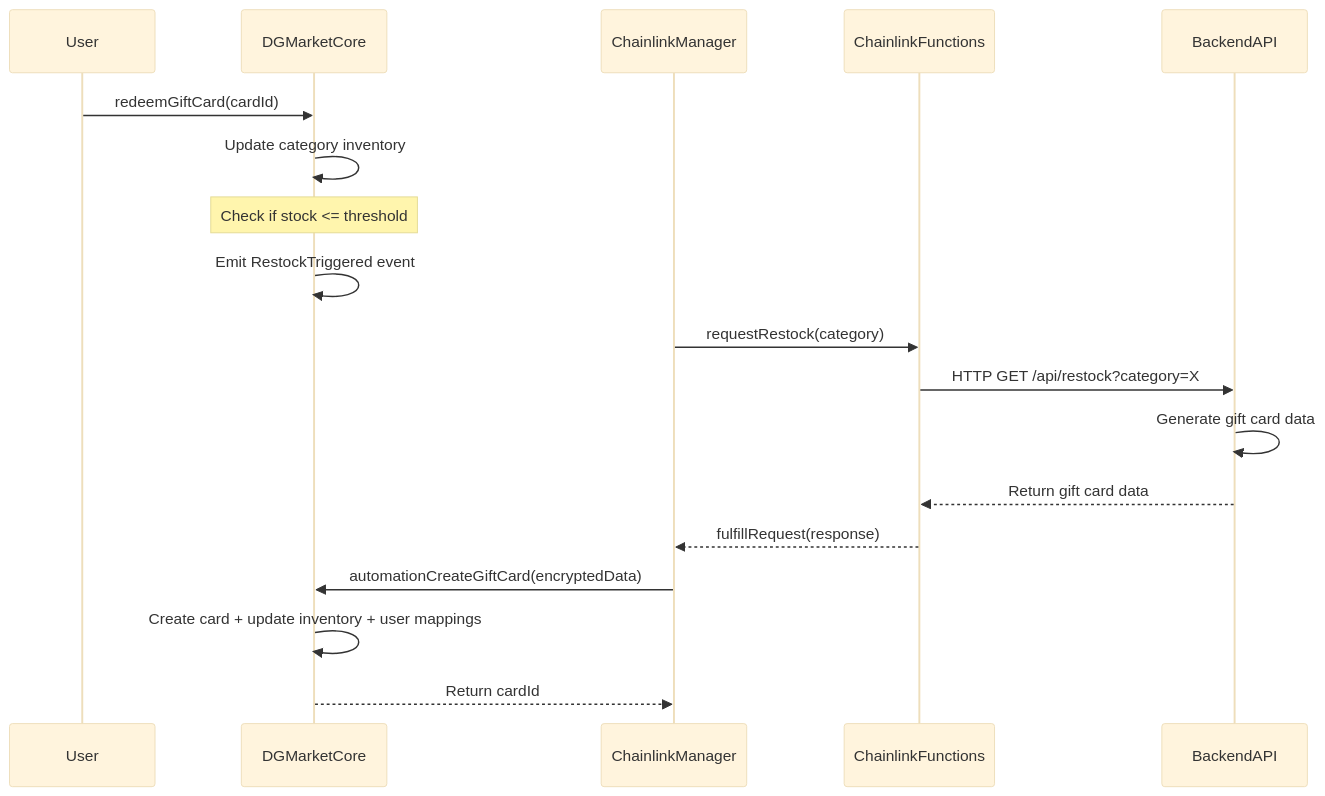
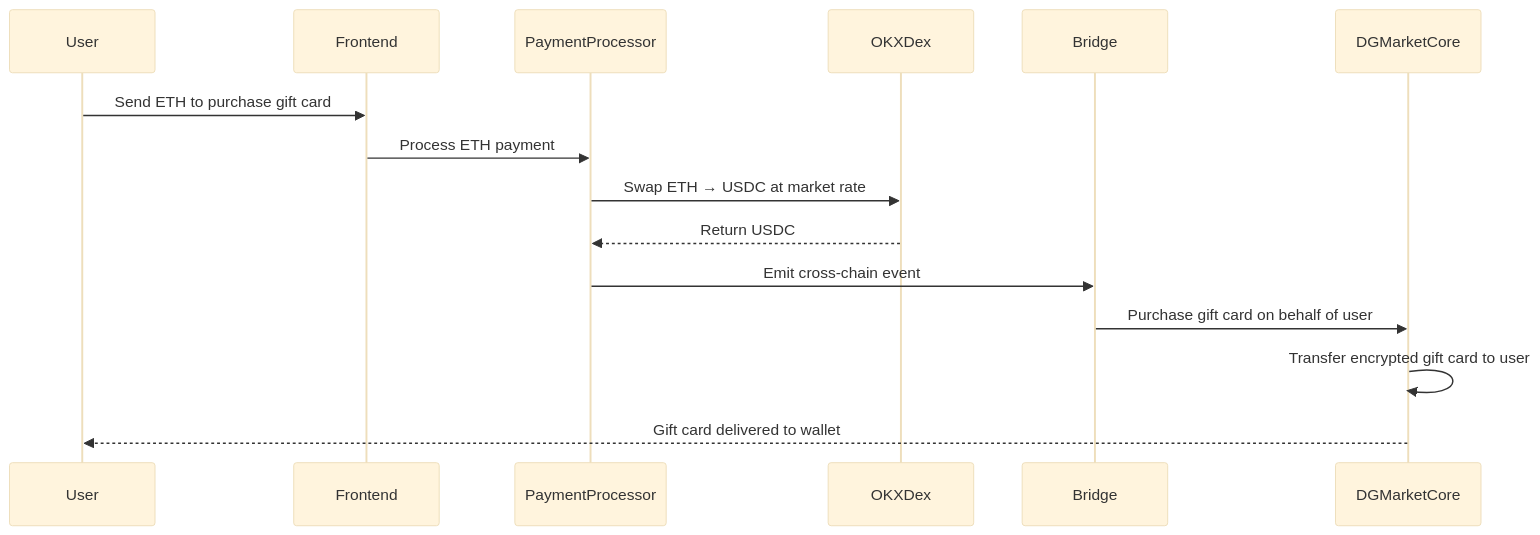
Before and after one commit to azhar0406/dgmarket: the diagram in README.md, drawn with Mermaid (base theme). The commit also changed other lines of this file and 6 other files, not shown here.

````diff
--- a/README.md
+++ b/README.md
@@ -286,21 +169,18 @@
 ```mermaid
 sequenceDiagram
     participant User
+    participant Frontend
+    participant PaymentProcessor
+    participant OKXDex
+    participant Bridge
     participant DGMarketCore
-    participant ChainlinkManager
-    participant ChainlinkFunctions
-    participant BackendAPI
     
-    User->>DGMarketCore: redeemGiftCard(cardId)
-    DGMarketCore->>DGMarketCore: Update category inventory
-    Note over DGMarketCore: Check if stock <= threshold
-    DGMarketCore->>DGMarketCore: Emit RestockTriggered event
-    ChainlinkManager->>ChainlinkFunctions: requestRestock(category)
-    ChainlinkFunctions->>BackendAPI: HTTP GET /api/restock?category=X
-    BackendAPI->>BackendAPI: Generate gift card data
-    BackendAPI-->>ChainlinkFunctions: Return gift card data
-    ChainlinkFunctions-->>ChainlinkManager: fulfillRequest(response)
-    ChainlinkManager->>DGMarketCore: automationCreateGiftCard(encryptedData)
-    DGMarketCore->>DGMarketCore: Create card + update inventory + user mappings
-    DGMarketCore-->>ChainlinkManager: Return cardId
+    User->>Frontend: Send ETH to purchase gift card
+    Frontend->>PaymentProcessor: Process ETH payment
+    PaymentProcessor->>OKXDex: Swap ETH → USDC at market rate
+    OKXDex-->>PaymentProcessor: Return USDC
+    PaymentProcessor->>Bridge: Emit cross-chain event
+    Bridge->>DGMarketCore: Purchase gift card on behalf of user
+    DGMarketCore->>DGMarketCore: Transfer encrypted gift card to user
+    DGMarketCore-->>User: Gift card delivered to wallet
 ```
````
